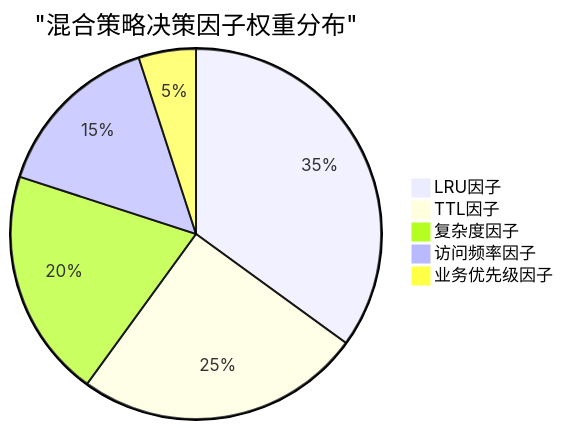
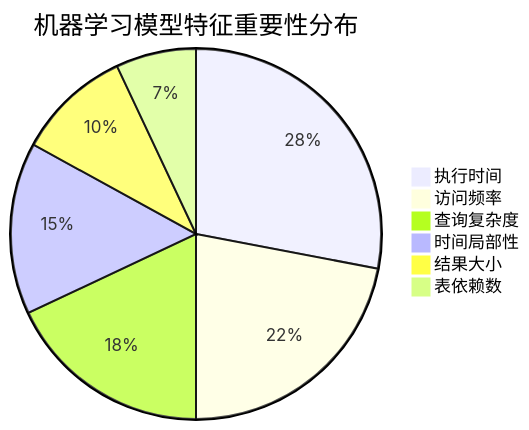
Before and after one commit to crazypenguincode/duckdb: diagram 18 of 24 in md/第五章-实验与分析.md, drawn with Mermaid. The commit also changed other lines of this file and 20 other files, not shown here.

````diff
--- a/md/第五章-实验与分析.md
+++ b/md/第五章-实验与分析.md
@@ -1121,8 +1189,9 @@
 ```mermaid
-pie title "混合策略决策因子权重分布"
-    "LRU因子" : 35
-    "TTL因子" : 25
-    "复杂度因子" : 20
-    "访问频率因子" : 15
-    "业务优先级因子" : 5
+pie title 机器学习模型特征重要性分布
+    "执行时间" : 0.28
+    "访问频率" : 0.22
+    "查询复杂度" : 0.18
+    "时间局部性" : 0.15
+    "结果大小" : 0.1
+    "表依赖数" : 0.07
 ```
````
